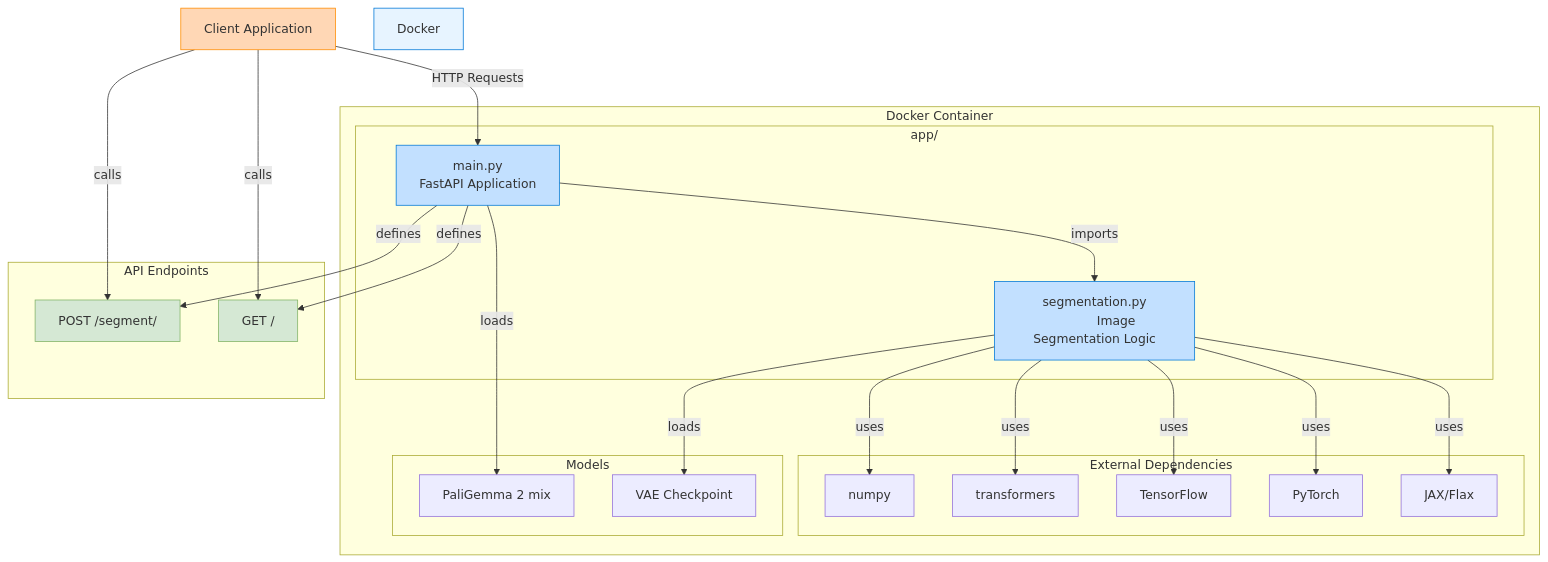
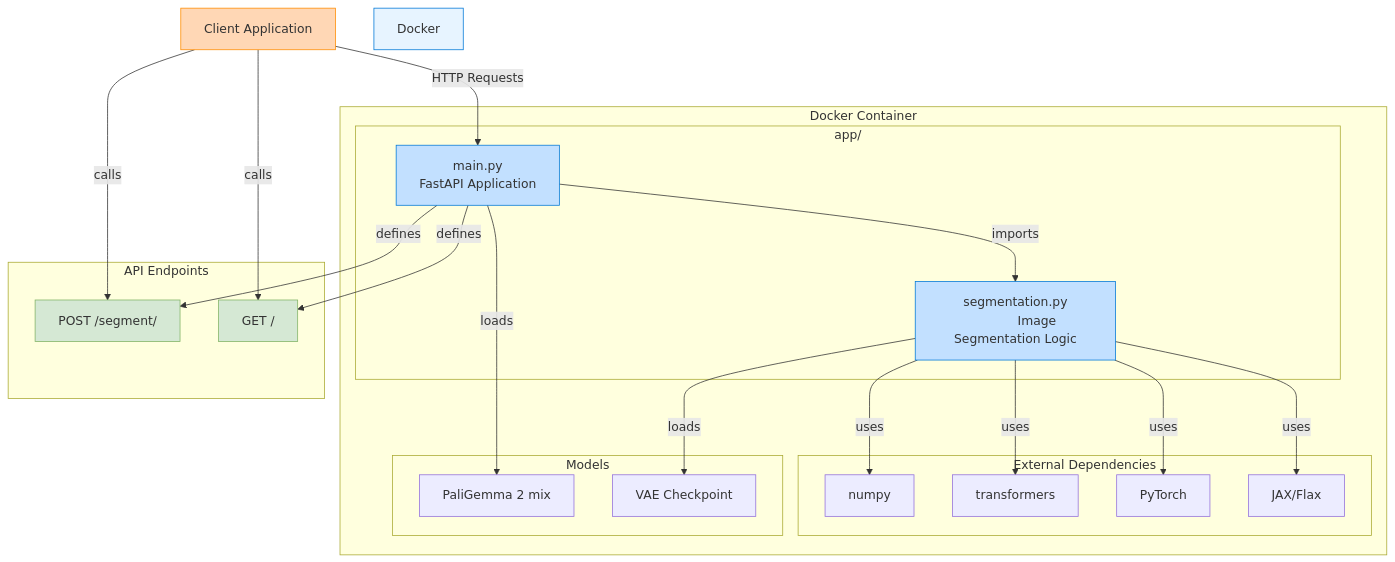
The second of 2 diagrams in README.md (JoeJoe1313/PaliGemma-Image-Segmentation), drawn with Mermaid before and after one commit. The commit also changed 2 other files, not shown here.

Commit message:
read vae directly from the models folder

````diff
--- a/README.md
+++ b/README.md
@@ -58,53 +58,51 @@
 ```mermaid
 graph TD
     subgraph "Docker Container"
         subgraph "app/"
             main[main.py
             FastAPI Application]
             segmentation[segmentation.py
             Image Segmentation Logic]
             main -->|imports| segmentation
         end
         
         subgraph "External Dependencies"
             NP[numpy]
             TR[transformers]
-            TF[TensorFlow]
             PT[PyTorch]
             JF[JAX/Flax]
         end
         
         subgraph "Models"
             PaliGemma[PaliGemma 2 mix]
             VAE[VAE Checkpoint]
         end
         
         segmentation -->|uses| TR
-        segmentation -->|uses| TF
         segmentation -->|uses| PT
         segmentation -->|uses| JF
         segmentation -->|uses| NP
         
         main -->|loads| PaliGemma
         segmentation -->|loads| VAE
     end
     
     Client[Client Application] -->|HTTP Requests| main
     
     subgraph "API Endpoints"
         segment[POST /segment/]
         root[GET /]
     end
     
     main -->|defines| segment
     main -->|defines| root
     Client -->|calls| segment
     Client -->|calls| root
     
     style Docker fill:#e7f4ff,stroke:#0078d7
     style main fill:#c2e0ff,stroke:#0078d7
     style segmentation fill:#c2e0ff,stroke:#0078d7
     style Client fill:#ffd7b5,stroke:#ff8c00
     style segment fill:#d5e8d4,stroke:#82b366
     style root fill:#d5e8d4,stroke:#82b366
 ```
````
